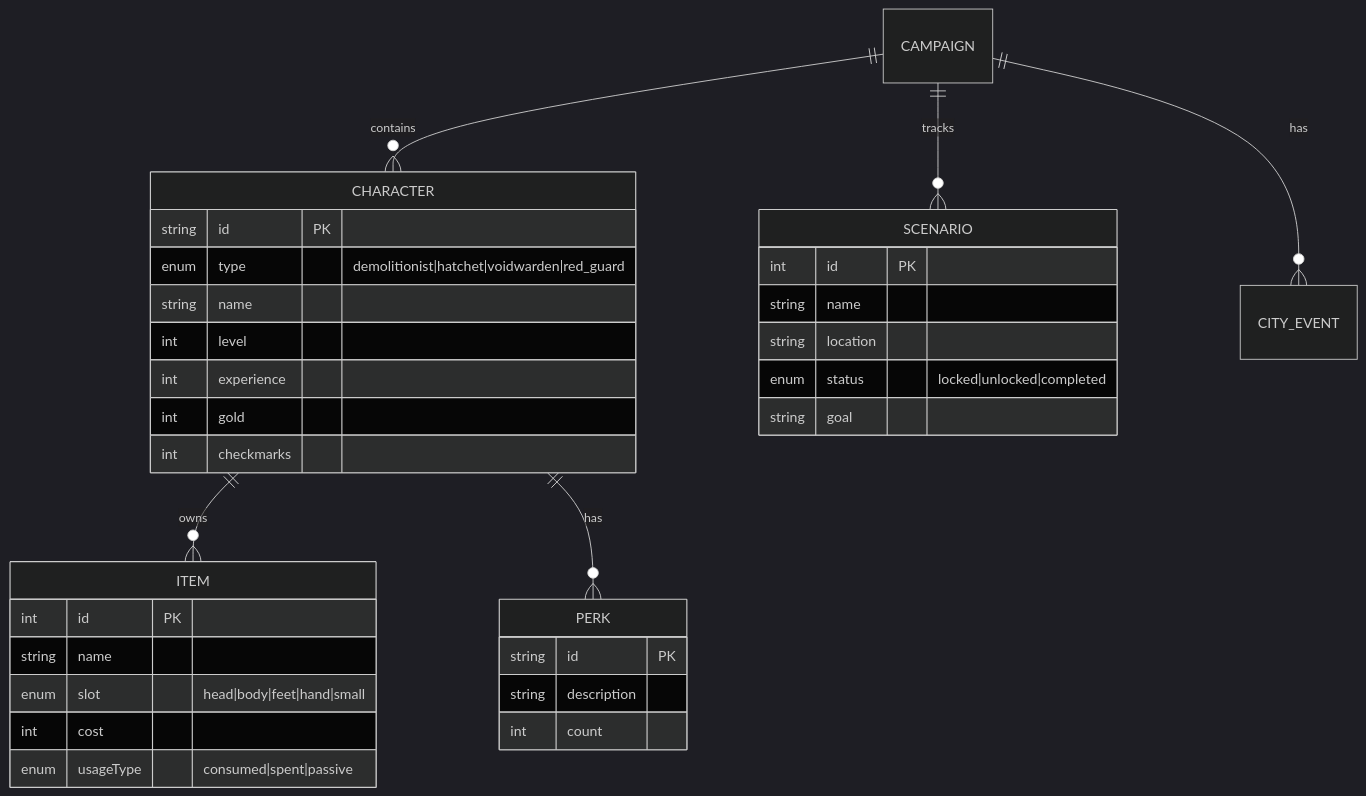
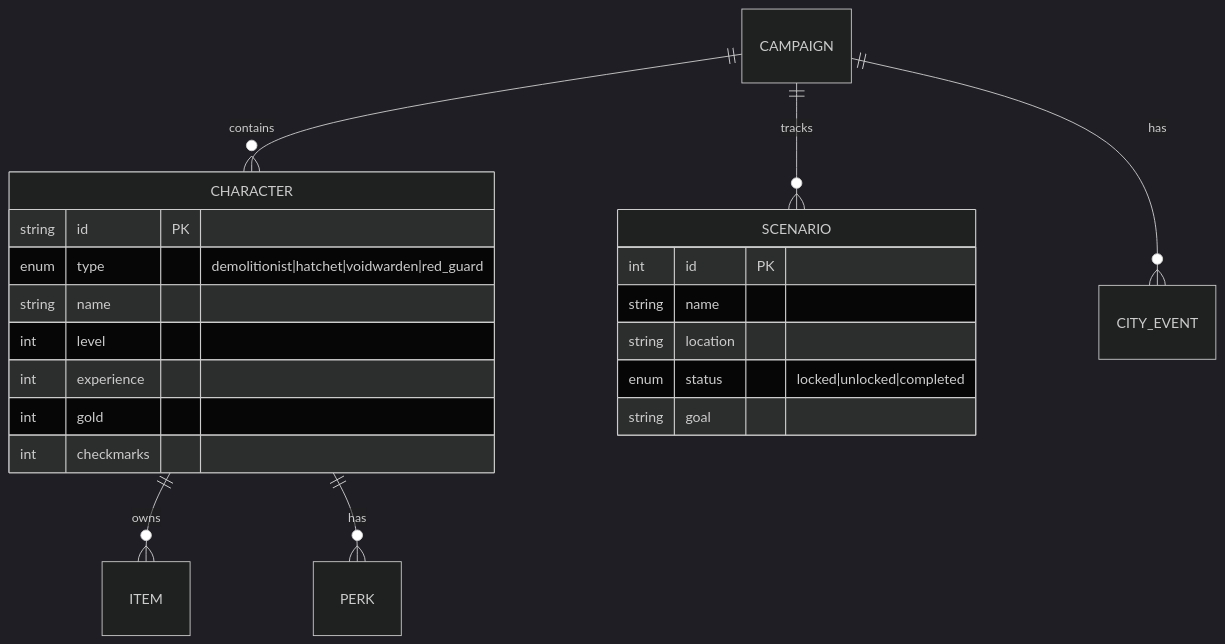
The diagram in BLUEPRINT.md (Sinimus/jotl-companion), drawn with Mermaid (dark theme) before and after one commit. The commit also changed other lines of this file and 16 other files, not shown here.

````diff
--- a/BLUEPRINT.md
+++ b/BLUEPRINT.md
@@ -110,41 +75,27 @@
 ```mermaid
 erDiagram
     CAMPAIGN ||--o{ CHARACTER : contains
     CAMPAIGN ||--o{ SCENARIO : tracks
     CAMPAIGN ||--o{ CITY_EVENT : has
 
     CHARACTER ||--o{ ITEM : owns
     CHARACTER ||--o{ PERK : has
 
     CHARACTER {
         string id PK
         enum type "demolitionist|hatchet|voidwarden|red_guard"
         string name
         int level
         int experience
         int gold
         int checkmarks
     }
 
     SCENARIO {
         int id PK
         string name
         string location
         enum status "locked|unlocked|completed"
         string goal
     }
-
-    PERK {
-        string id PK
-        string description
-        int count
-    }
-
-    ITEM {
-        int id PK
-        string name
-        enum slot "head|body|feet|hand|small"
-        int cost
-        enum usageType "consumed|spent|passive"
-    }
 ```
````
